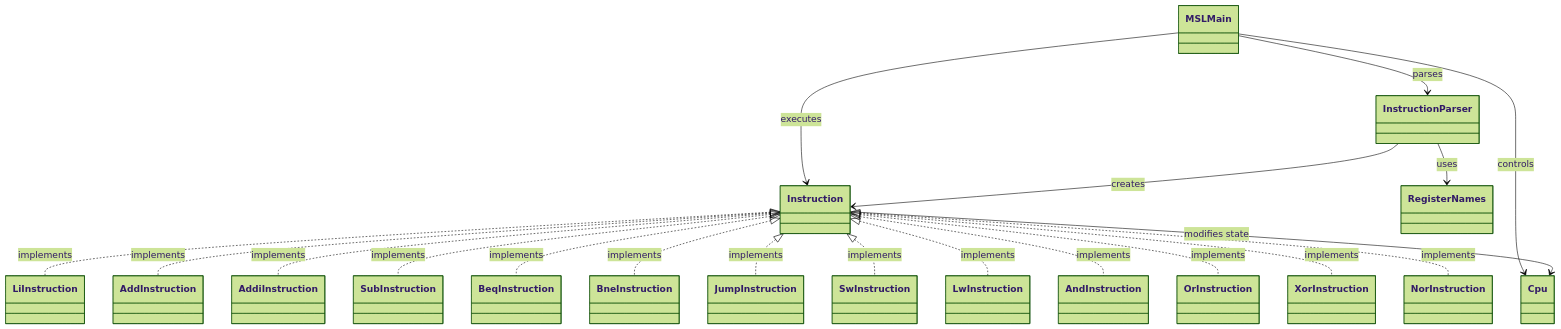
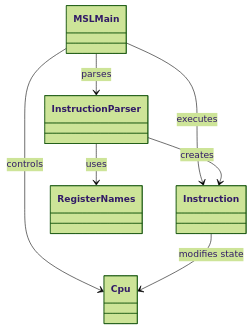
Before and after one commit to mkunori/MipsStepLab: the diagram in README.md, drawn with Mermaid (forest theme). The commit also changed other lines of this file, not shown here.

Commit message:
クラス図のInstructionが増えすぎて見づらいので全体調整図として調整

````diff
--- a/README.md
+++ b/README.md
@@ -78,41 +78,15 @@
 ```mermaid
 classDiagram
-  class MSLMain
-  class Cpu
-  class Instruction
-  class LiInstruction
-  class AddInstruction
-  class AddiInstruction
-  class SubInstruction
-  class BeqInstruction
-  class BneInstruction
-  class JumpInstruction
-  class SwInstruction
-  class LwInstruction
-  class AndInstruction
-  class OrInstruction
-  class XorInstruction
-  class NorInstruction
+    class MSLMain
+    class Cpu
+    class Instruction
+    class InstructionParser
+    class RegisterNames
 
-  Instruction <|.. LiInstruction : implements
-  Instruction <|.. AddInstruction : implements
-  Instruction <|.. AddiInstruction : implements
-  Instruction <|.. SubInstruction : implements
-  Instruction <|.. BeqInstruction : implements
-  Instruction <|.. BneInstruction : implements
-  Instruction <|.. JumpInstruction : implements
-  Instruction <|.. SwInstruction : implements
-  Instruction <|.. LwInstruction : implements
-  Instruction <|.. AndInstruction : implements
-  Instruction <|.. OrInstruction : implements
-  Instruction <|.. XorInstruction : implements
-  Instruction <|.. NorInstruction : implements
-
-  MSLMain --> InstructionParser : parses
-  MSLMain --> Cpu : controls
-  MSLMain --> Instruction : executes
-
-  Instruction --> Cpu : modifies state
-  InstructionParser --> Instruction : creates
-  InstructionParser --> RegisterNames : uses
+    MSLMain --> InstructionParser : parses
+    MSLMain --> Cpu : controls
+    MSLMain --> Instruction : executes
+    Instruction --> Cpu : modifies state
+    InstructionParser --> Instruction : creates
+    InstructionParser --> RegisterNames : uses
 ```
````
